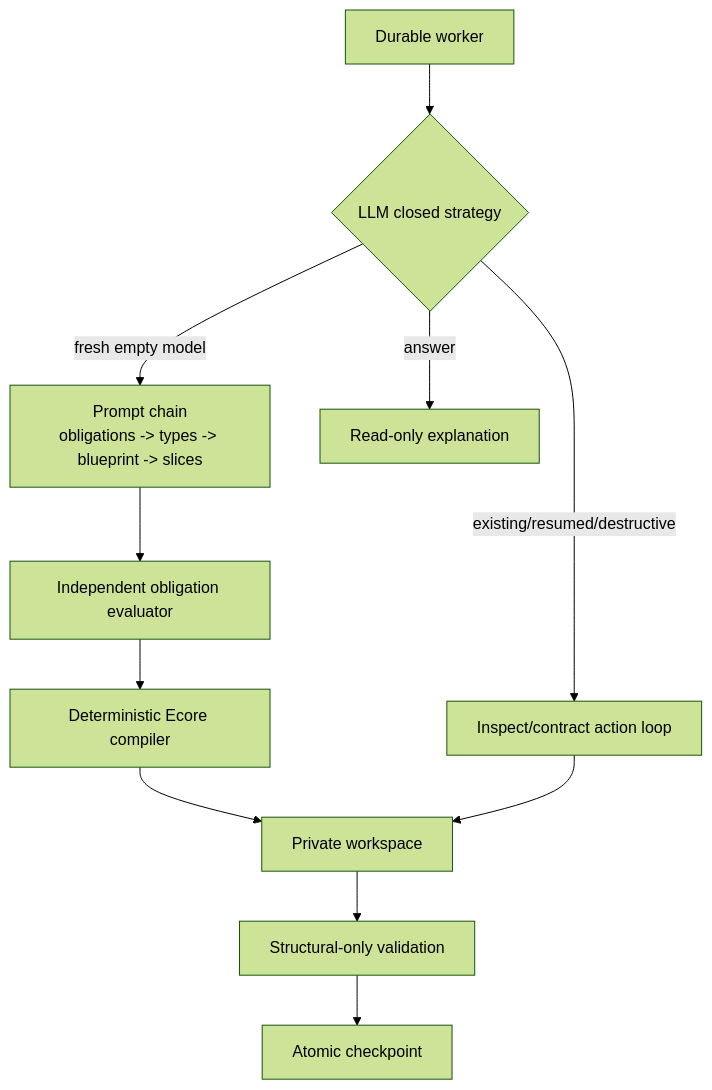
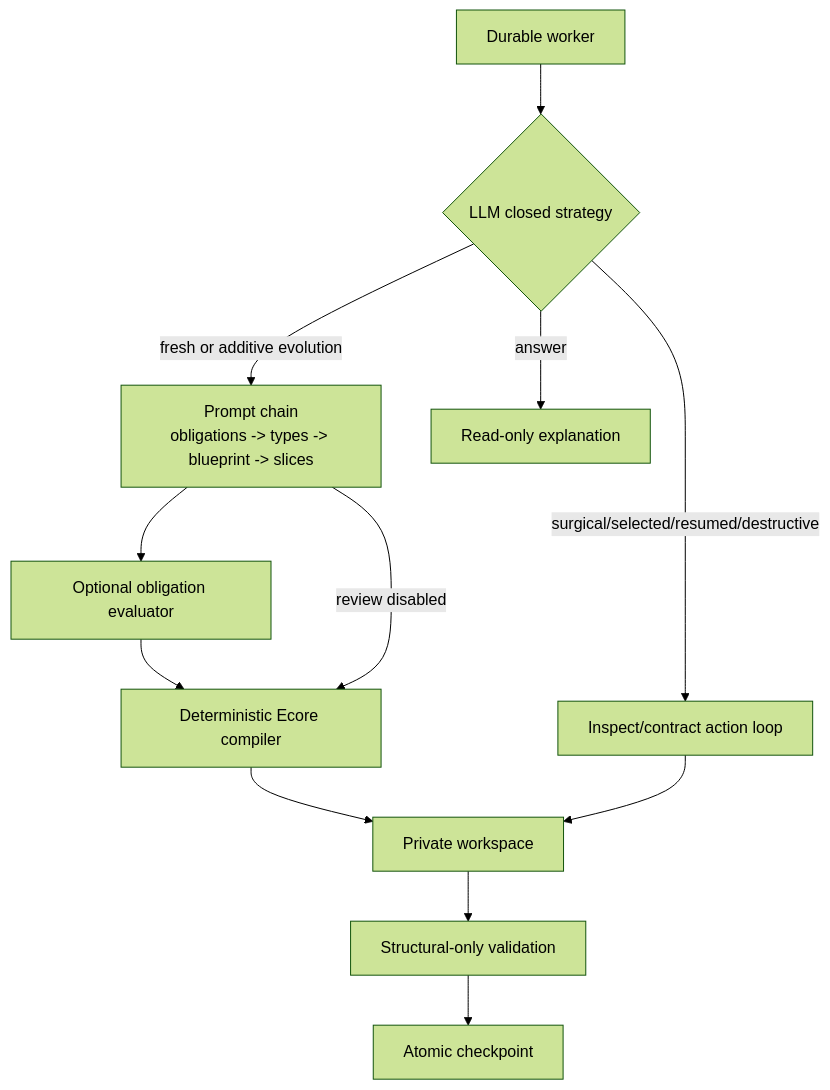
Before and after one commit to mehdieidi/modriss: the diagram in docs/diagrams/29-agents-pattern-assessment.md, drawn with Mermaid (forest theme). The commit also changed 34 other files, not shown here.

````diff
--- a/docs/diagrams/29-agents-pattern-assessment.md
+++ b/docs/diagrams/29-agents-pattern-assessment.md
@@ -3,13 +3,14 @@
 ```mermaid
 flowchart TB
     Worker["Durable worker"] --> Router{"LLM closed strategy"}
-    Router -->|fresh empty model| Chain["Prompt chain<br/>obligations -> types -> blueprint -> slices"]
-    Chain --> Reviewer["Independent obligation evaluator"]
+    Router -->|fresh or additive evolution| Chain["Prompt chain<br/>obligations -> types -> blueprint -> slices"]
+    Chain --> Reviewer["Optional obligation evaluator"]
     Reviewer --> Compiler["Deterministic Ecore compiler"]
-    Router -->|existing/resumed/destructive| Agent["Inspect/contract action loop"]
+    Chain -->|review disabled| Compiler
+    Router -->|surgical/selected/resumed/destructive| Agent["Inspect/contract action loop"]
     Router -->|answer| ReadOnly["Read-only explanation"]
     Compiler --> Workspace["Private workspace"]
     Agent --> Workspace
     Workspace --> Structural["Structural-only validation"]
     Structural --> Commit["Atomic checkpoint"]
 ```
````
